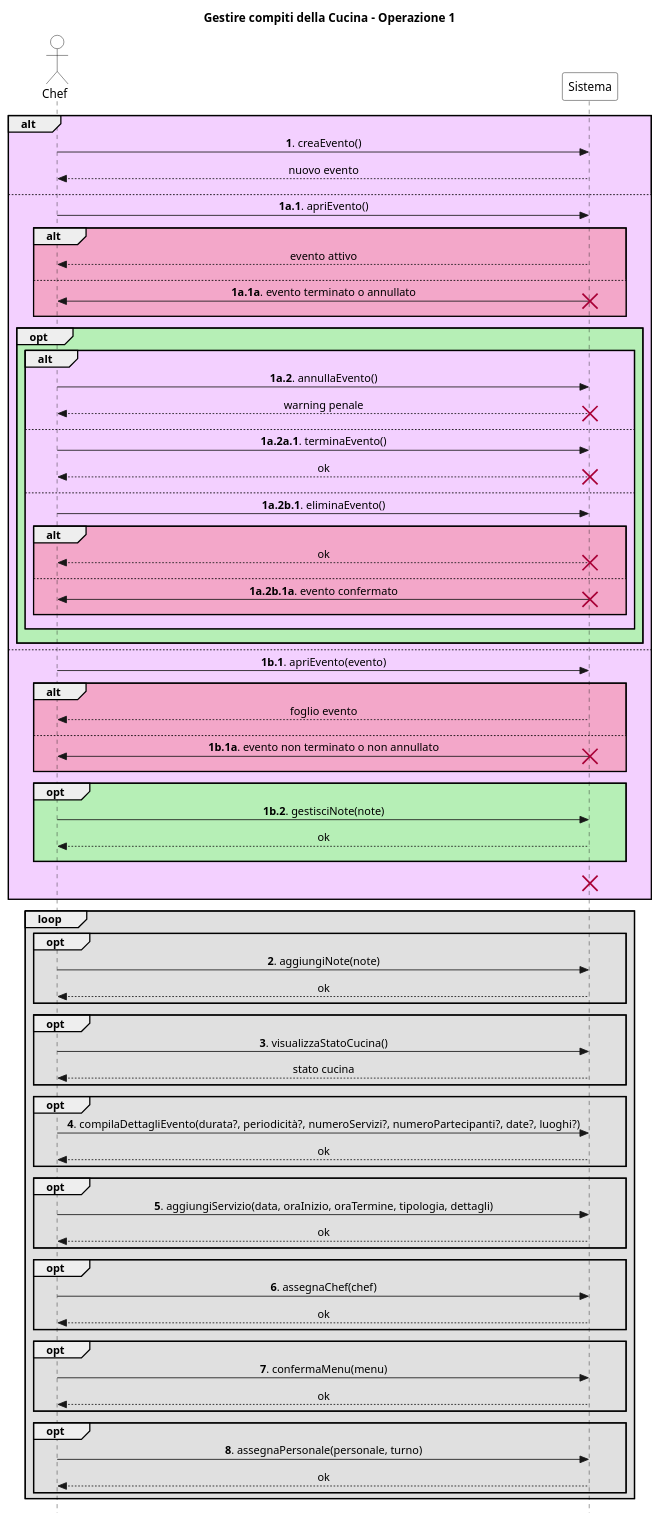
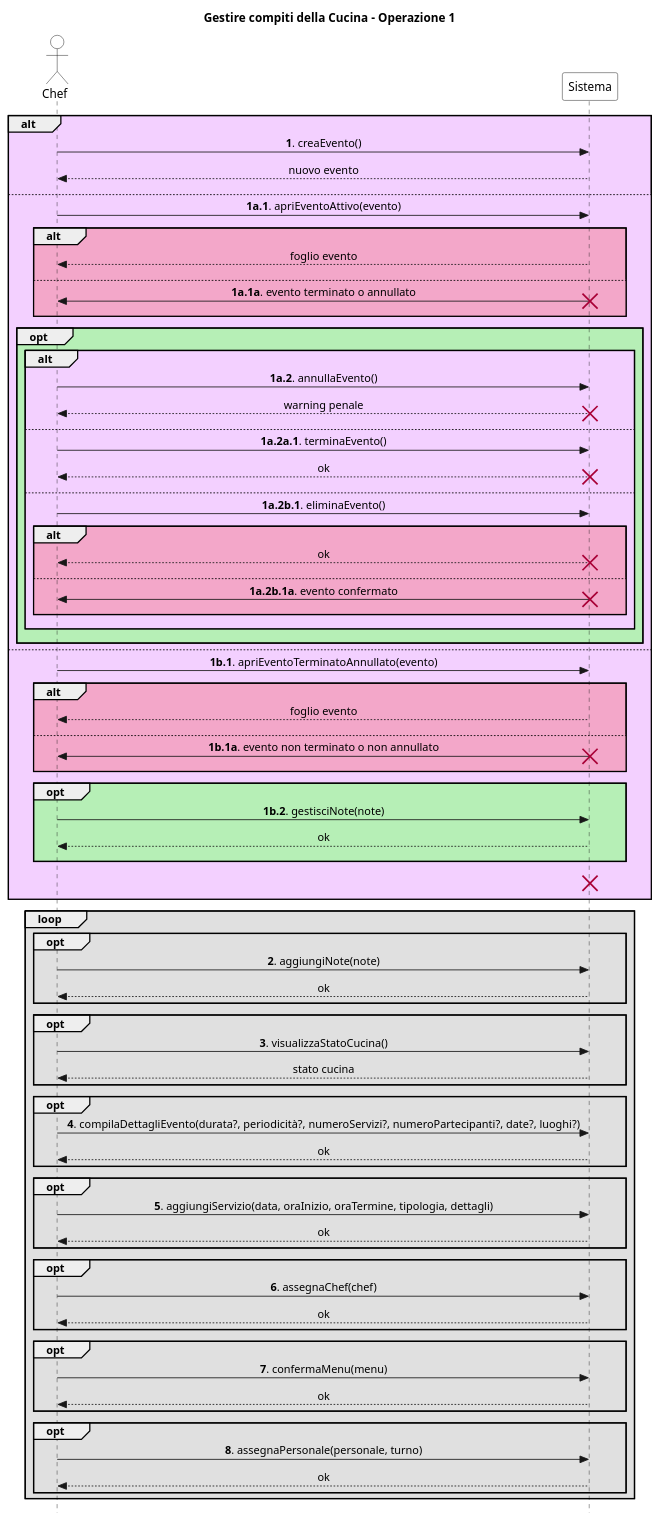
The diagram in UC Gestire Eventi/SSD/Estensioni-Eccezioni Op1.puml (stefa168/sas-project), drawn with PlantUML before and after one commit.

Commit message:
Aggiunta precisazione minore

```diff
--- a/UC Gestire Eventi/SSD/Estensioni-Eccezioni Op1.puml
+++ b/UC Gestire Eventi/SSD/Estensioni-Eccezioni Op1.puml
@@ -1,118 +1,118 @@
 @startuml
 skinparam Style strictuml
 skinparam SequenceMessageAlign center
 
 skinparam sequence {
     ActorBorderColor Black
     ActorBackgroundColor White
     ParticipantBorderColor Black
     ParticipantBackgroundColor White
 }
 
 actor Chef
 participant Sistema
 
 title Gestire compiti della Cucina - Operazione 1
 
 alt #f3d0ff
     Chef -> Sistema: **1**. creaEvento()
     return nuovo evento
     ||10||
 else
-    Chef -> Sistema: **1a.1**. apriEvento()
+    Chef -> Sistema: **1a.1**. apriEventoAttivo(evento)
     alt #f3a7c9
-        return evento attivo
+        return foglio evento
         ||10||
     else
         Chef <- Sistema: **1a.1a**. evento terminato o annullato
         destroy Sistema
         ||10||
     end
 
     opt #b6efb6
         alt #f3d0ff
             Chef -> Sistema: **1a.2**. annullaEvento()
             return warning penale
             destroy Sistema
             ||10||
         else
             Chef -> Sistema: **1a.2a.1**. terminaEvento()
             return ok
             destroy Sistema
             ||10||
         else
             Chef -> Sistema: **1a.2b.1**. eliminaEvento()
             alt #f3a7c9
                 return ok
                 destroy Sistema
                 ||10||
             else
                Chef <- Sistema: **1a.2b.1a**. evento confermato
                destroy Sistema
                ||10||
             end
             ||10||
         end
         ' non abbiamo modo di modificare il colore della X
         ||10||
     end
 else
-    Chef -> Sistema: **1b.1**. apriEvento(evento)
+    Chef -> Sistema: **1b.1**. apriEventoTerminatoAnnullato(evento)
     alt #f3a7c9
         return foglio evento
         ||10||
     else
         Chef <- Sistema: **1b.1a**. evento non terminato o non annullato
         destroy Sistema
         ||10||
     end
 
     opt #b6efb6
         Chef -> Sistema: **1b.2**. gestisciNote(note)
         return ok
         ||10||
     end
 
     ||10||
     destroy Sistema
 '    note over Chef, Sistema #fff: Il caso d'uso termina.
     ||10||
 end
 
 loop #e0e0e0
     opt #e0e0e0
         Chef -> Sistema: **2**. aggiungiNote(note)
         return ok
     end
 
     opt #e0e0e0
         Chef -> Sistema: **3**. visualizzaStatoCucina()
         return stato cucina
     end
 
     opt #e0e0e0
         Chef -> Sistema: **4**. compilaDettagliEvento(durata?, periodicità?, numeroServizi?, numeroPartecipanti?, date?, luoghi?)
         return ok
     end
 
     opt #e0e0e0
         Chef -> Sistema: **5**. aggiungiServizio(data, oraInizio, oraTermine, tipologia, dettagli)
         return ok
     end
 
     opt #e0e0e0
         Chef -> Sistema: **6**. assegnaChef(chef)
         return ok
     end
 
     opt #e0e0e0
         Chef -> Sistema: **7**. confermaMenu(menu)
         return ok
     end
 
     opt #e0e0e0
         Chef -> Sistema: **8**. assegnaPersonale(personale, turno)
         return ok
     end
 end
 @enduml
```
